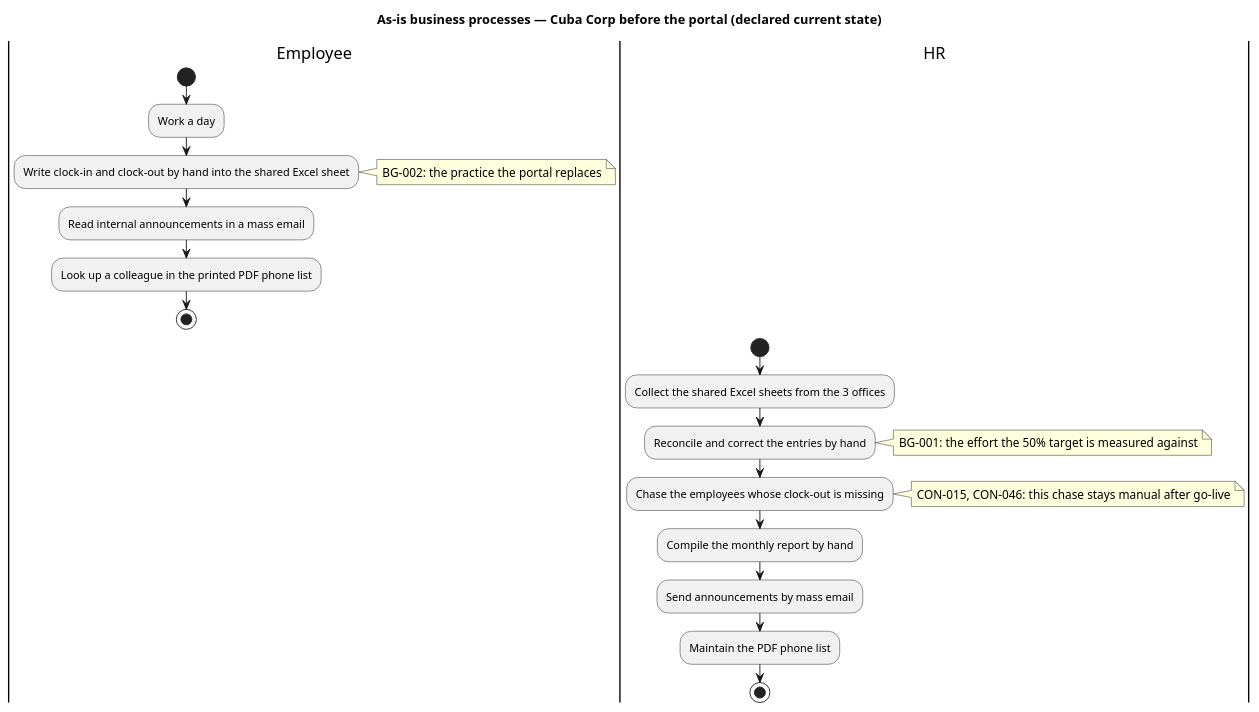
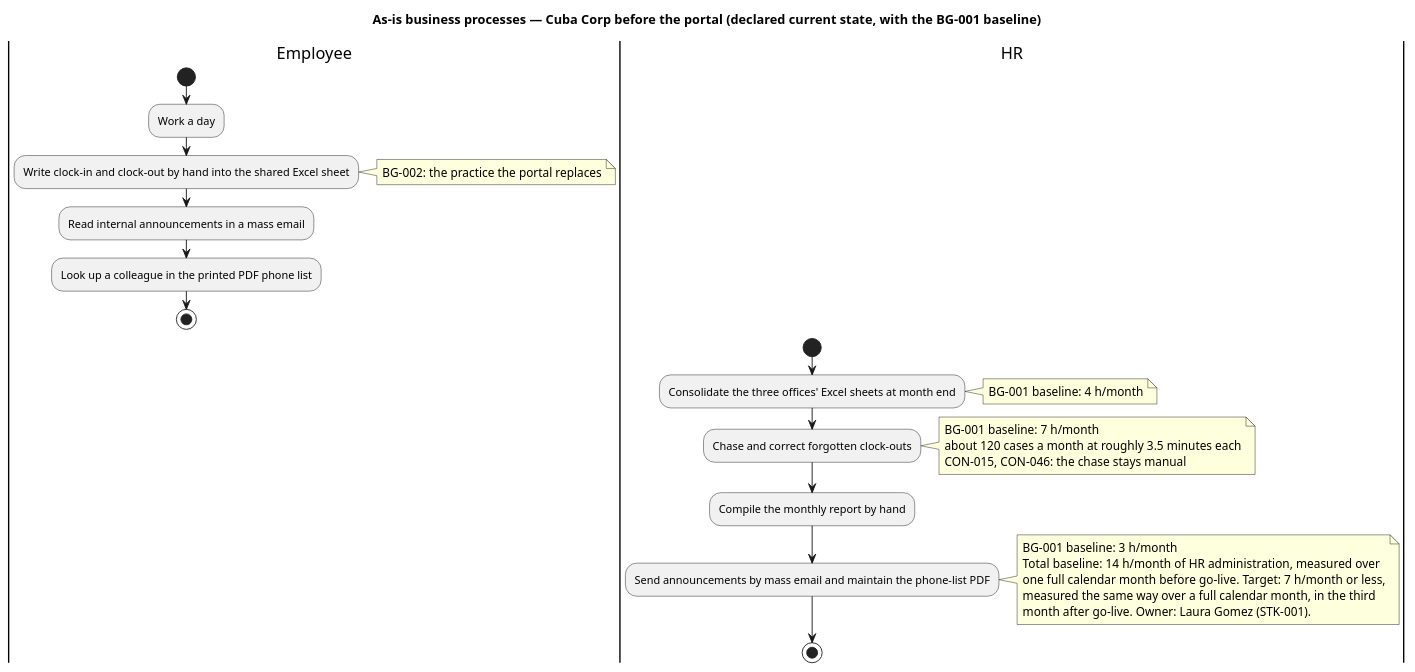
Before and after one commit to banense-test/employee-portal: the fourth of 8 diagrams in docs/artifacts/requirements/use-case-model.md, drawn with PlantUML. The commit also changed other lines of this file, not shown here.

Commit message:
Business Process Analyst [I1]: upsert Use-Case Model
[skip ci]

````diff
--- a/docs/artifacts/requirements/use-case-model.md
+++ b/docs/artifacts/requirements/use-case-model.md
@@ -165,31 +165,38 @@
 ```plantuml
 @startuml
-title As-is business processes — Cuba Corp before the portal (declared current state)
+title As-is business processes — Cuba Corp before the portal (declared current state, with the BG-001 baseline)
 |Employee|
 start
 :Work a day;
 :Write clock-in and clock-out by hand into the shared Excel sheet;
 note right
   BG-002: the practice the portal replaces
 end note
 :Read internal announcements in a mass email;
 :Look up a colleague in the printed PDF phone list;
 stop
 
 |HR|
 start
-:Collect the shared Excel sheets from the 3 offices;
-:Reconcile and correct the entries by hand;
+:Consolidate the three offices' Excel sheets at month end;
 note right
-  BG-001: the effort the 50% target is measured against
+  BG-001 baseline: 4 h/month
 end note
-:Chase the employees whose clock-out is missing;
+:Chase and correct forgotten clock-outs;
 note right
-  CON-015, CON-046: this chase stays manual after go-live
+  BG-001 baseline: 7 h/month
+  about 120 cases a month at roughly 3.5 minutes each
+  CON-015, CON-046: the chase stays manual
 end note
 :Compile the monthly report by hand;
-:Send announcements by mass email;
-:Maintain the PDF phone list;
+:Send announcements by mass email and maintain the phone-list PDF;
+note right
+  BG-001 baseline: 3 h/month
+  Total baseline: 14 h/month of HR administration, measured over
+  one full calendar month before go-live. Target: 7 h/month or less,
+  measured the same way over a full calendar month, in the third
+  month after go-live. Owner: Laura Gomez (STK-001).
+end note
 stop
 @enduml
 ```
````
